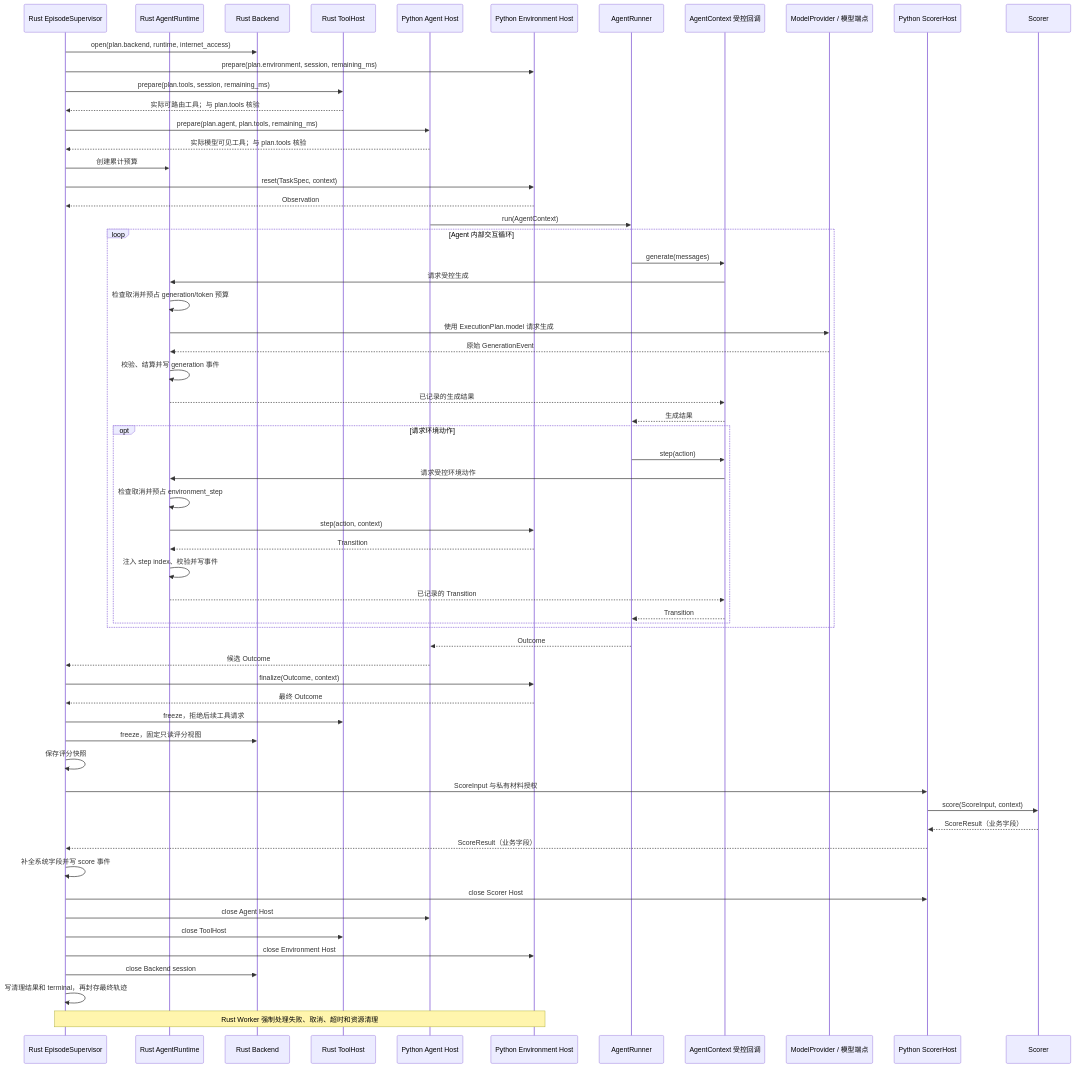
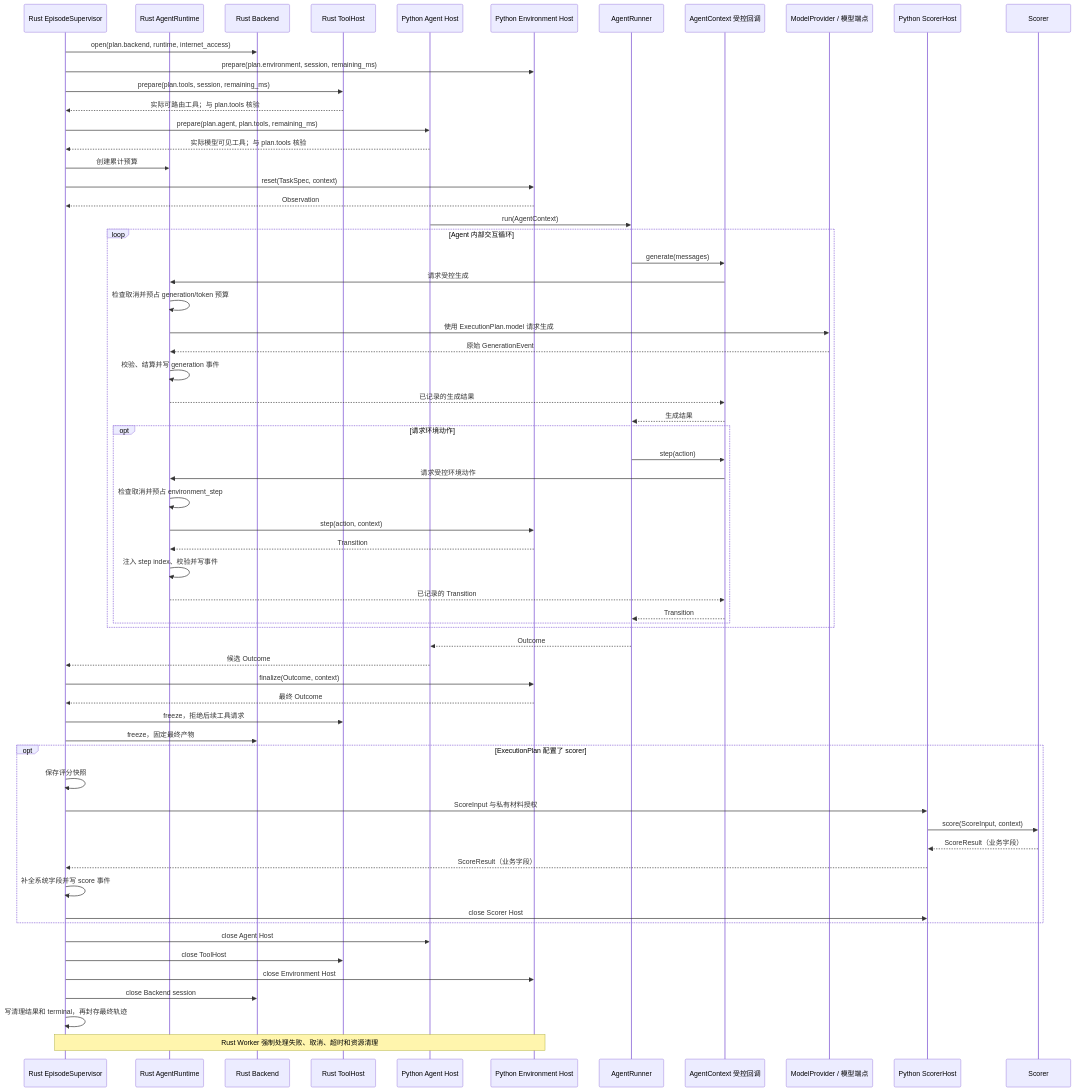
One commit to audreyyan1015/uenv_design changed the third of 4 diagrams in docs/development/reference_implementation.md. Above: the diagram before and after it, drawn with Mermaid. The commit also changed other lines of this file and 65 other files, not shown here.

````diff
--- a/docs/development/reference_implementation.md
+++ b/docs/development/reference_implementation.md
@@ -257,63 +261,65 @@
 ```mermaid
 sequenceDiagram
   participant W as Rust EpisodeSupervisor
   participant R as Rust AgentRuntime
   participant B as Rust Backend
   participant T as Rust ToolHost
   participant H as Python Agent Host
   participant E as Python Environment Host
   participant A as AgentRunner
   participant C as AgentContext 受控回调
   participant M as ModelProvider / 模型端点
   participant P as Python ScorerHost
   participant S as Scorer
   W->>B: open(plan.backend, runtime, internet_access)
   W->>E: prepare(plan.environment, session, remaining_ms)
   W->>T: prepare(plan.tools, session, remaining_ms)
   T-->>W: 实际可路由工具；与 plan.tools 核验
   W->>H: prepare(plan.agent, plan.tools, remaining_ms)
   H-->>W: 实际模型可见工具；与 plan.tools 核验
   W->>R: 创建累计预算
   W->>E: reset(TaskSpec, context)
   E-->>W: Observation
   H->>A: run(AgentContext)
   loop Agent 内部交互循环
     A->>C: generate(messages)
     C->>R: 请求受控生成
     R->>R: 检查取消并预占 generation/token 预算
     R->>M: 使用 ExecutionPlan.model 请求生成
     M-->>R: 原始 GenerationEvent
     R->>R: 校验、结算并写 generation 事件
     R-->>C: 已记录的生成结果
     C-->>A: 生成结果
     opt 请求环境动作
       A->>C: step(action)
       C->>R: 请求受控环境动作
       R->>R: 检查取消并预占 environment_step
       R->>E: step(action, context)
       E-->>R: Transition
       R->>R: 注入 step index、校验并写事件
       R-->>C: 已记录的 Transition
       C-->>A: Transition
     end
   end
   A-->>H: Outcome
   H-->>W: 候选 Outcome
   W->>E: finalize(Outcome, context)
   E-->>W: 最终 Outcome
   W->>T: freeze，拒绝后续工具请求
-  W->>B: freeze，固定只读评分视图
+  W->>B: freeze，固定最终产物
+  opt ExecutionPlan 配置了 scorer
   W->>W: 保存评分快照
   W->>P: ScoreInput 与私有材料授权
   P->>S: score(ScoreInput, context)
   S-->>P: ScoreResult（业务字段）
   P-->>W: ScoreResult（业务字段）
   W->>W: 补全系统字段并写 score 事件
   W->>P: close Scorer Host
+  end
   W->>H: close Agent Host
   W->>T: close ToolHost
   W->>E: close Environment Host
   W->>B: close Backend session
   W->>W: 写清理结果和 terminal，再封存最终轨迹
   Note over W,E: Rust Worker 强制处理失败、取消、超时和资源清理
 ```
````
